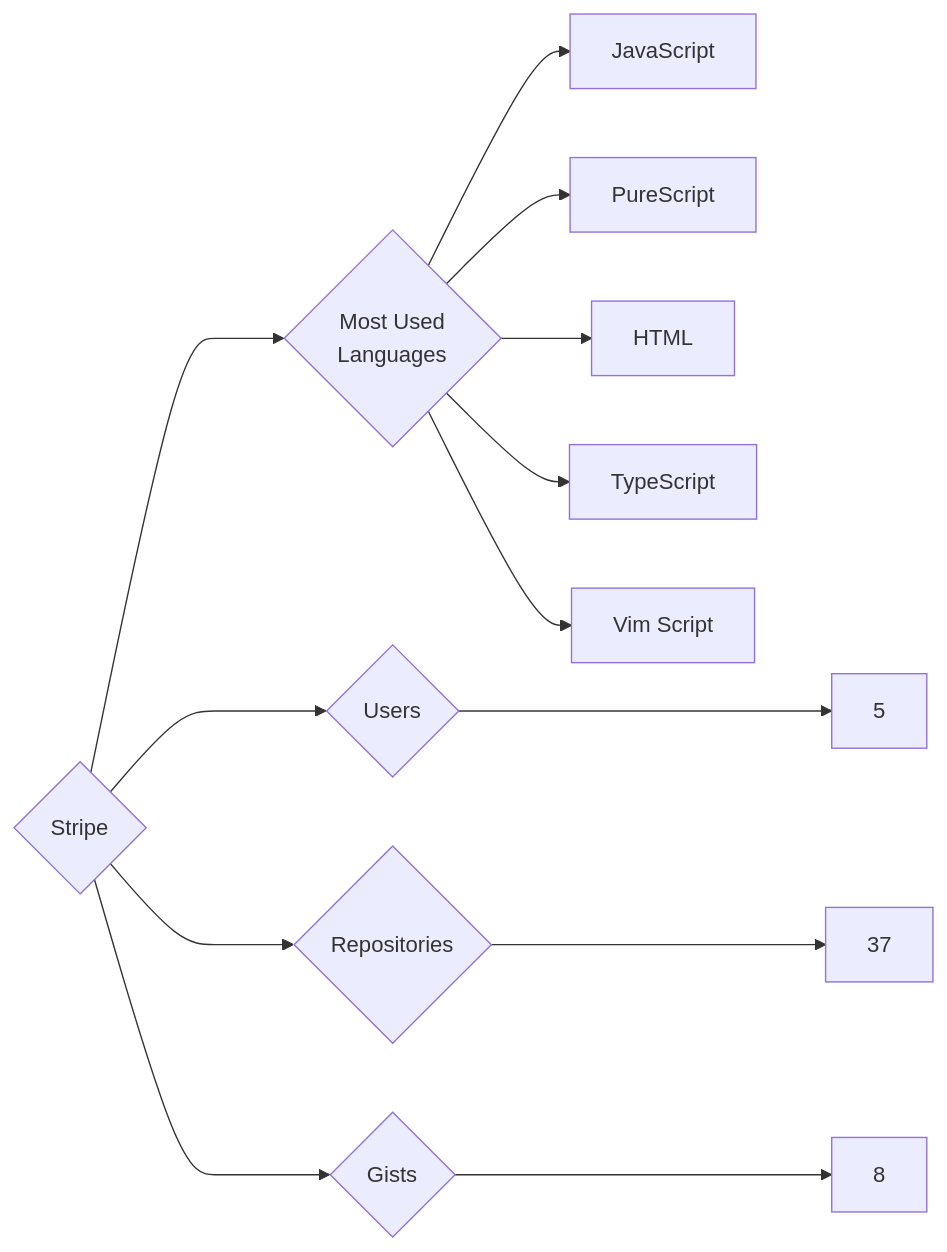
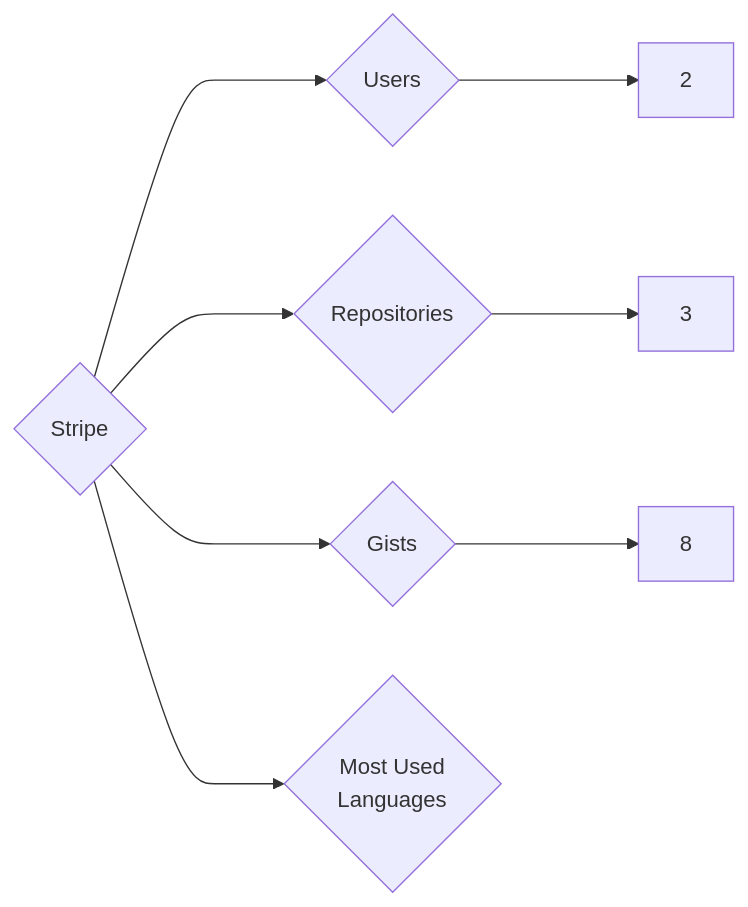
One commit to trickest/insiders changed the diagram in targets/Stripe/README.md. Above: the diagram before and after it, drawn with Mermaid. The commit also changed 797 other files, not shown here.

````diff
--- a/targets/Stripe/README.md
+++ b/targets/Stripe/README.md
@@ -3,13 +3,8 @@
 ```mermaid
 graph LR
 COMPANY_NAME{Stripe}
-COMPANY_NAME ---> U{Users} ---> UN[5]
-COMPANY_NAME ---> R{Repositories} ---> RN[37]
+COMPANY_NAME ---> U{Users} ---> UN[2]
+COMPANY_NAME ---> R{Repositories} ---> RN[3]
 COMPANY_NAME ---> G{Gists} ---> GN[8]
 COMPANY_NAME ---> ML{Most Used<br>Languages}
-ML --> JavaScript[JavaScript]
-ML --> PureScript[PureScript]
-ML --> HTML[HTML]
-ML --> TypeScript[TypeScript]
-ML --> Vim_Script[Vim Script]
 ```
````
